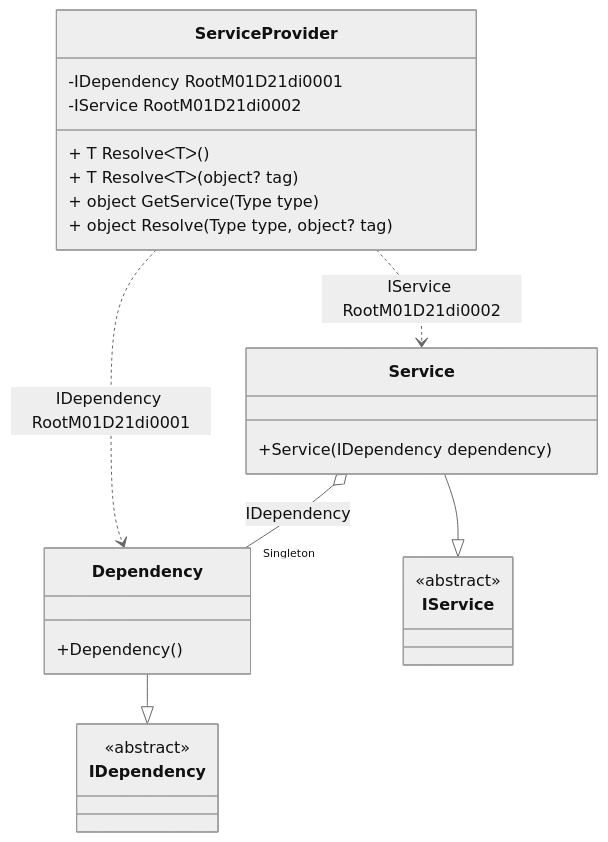
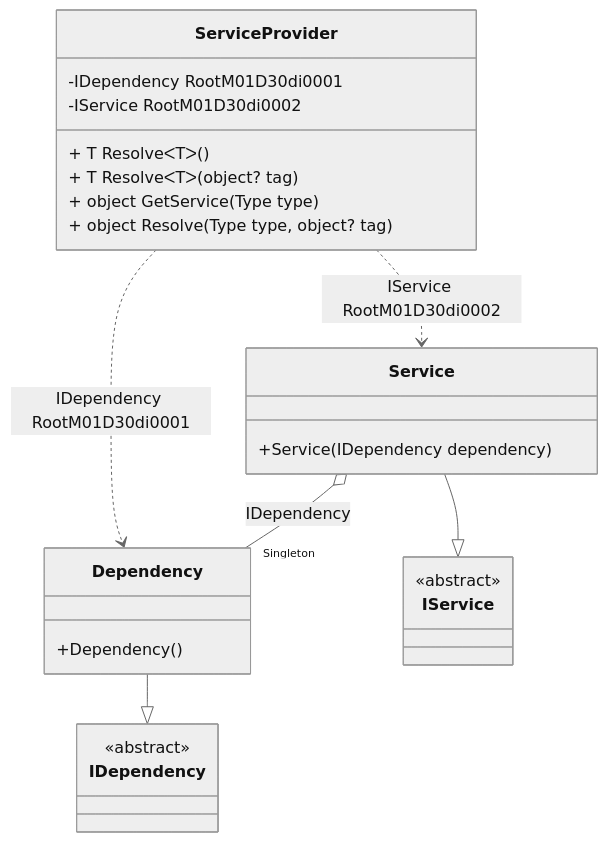
Before and after one commit to DevTeam/Pure.DI: the diagram in readme/service-provider.md, drawn with Mermaid (neutral theme). The commit also changed other lines of this file and 92 other files, not shown here.

````diff
--- a/readme/service-provider.md
+++ b/readme/service-provider.md
@@ -46,28 +46,28 @@
 ```mermaid
 classDiagram
   class ServiceProvider {
-    -IDependency RootM01D21di0001
-    -IService RootM01D21di0002
+    -IDependency RootM01D30di0001
+    -IService RootM01D30di0002
     + T ResolveᐸTᐳ()
     + T ResolveᐸTᐳ(object? tag)
     + object GetService(Type type)
     + object Resolve(Type type, object? tag)
   }
   Dependency --|> IDependency : 
   class Dependency {
     +Dependency()
   }
   Service --|> IService : 
   class Service {
     +Service(IDependency dependency)
   }
   class IDependency {
     <<abstract>>
   }
   class IService {
     <<abstract>>
   }
   Service o--  "Singleton" Dependency : IDependency
-  ServiceProvider ..> Dependency : IDependency RootM01D21di0001
-  ServiceProvider ..> Service : IService RootM01D21di0002
+  ServiceProvider ..> Dependency : IDependency RootM01D30di0001
+  ServiceProvider ..> Service : IService RootM01D30di0002
 ```
````
